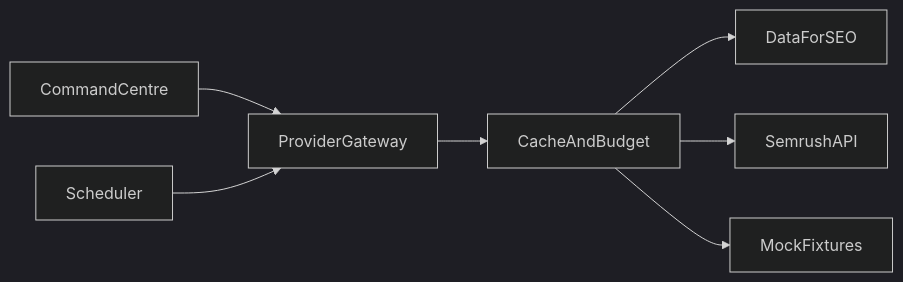
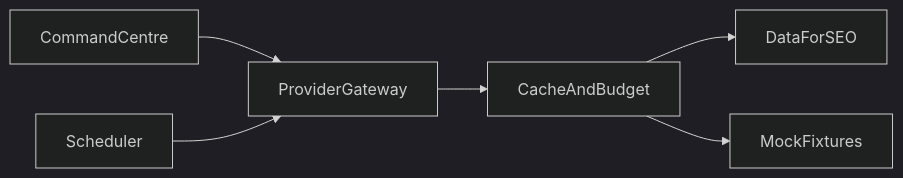
The diagram in docs/search-intelligence/04-PROVIDER-GATEWAY.md (coffeeguy77/leadpages), drawn with Mermaid (dark theme) before and after one commit. The commit also changed other lines of this file and 20 other files, not shown here.

````diff
--- a/docs/search-intelligence/04-PROVIDER-GATEWAY.md
+++ b/docs/search-intelligence/04-PROVIDER-GATEWAY.md
@@ -14,9 +14,8 @@
 ```mermaid
 flowchart LR
   UI[CommandCentre] --> GW[ProviderGateway]
   Jobs[Scheduler] --> GW
   GW --> Cache[CacheAndBudget]
   Cache --> DFS[DataForSEO]
-  Cache --> SM[SemrushAPI]
   Cache --> Mock[MockFixtures]
 ```
````
